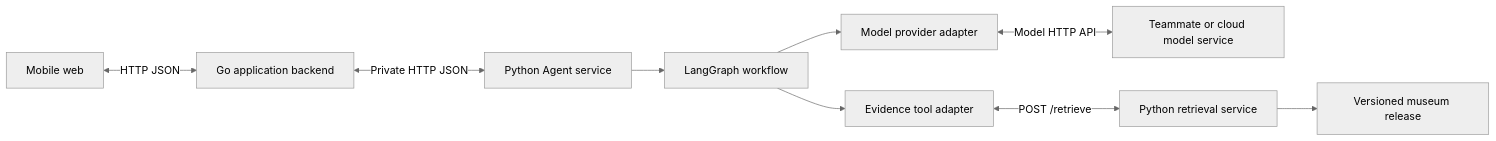
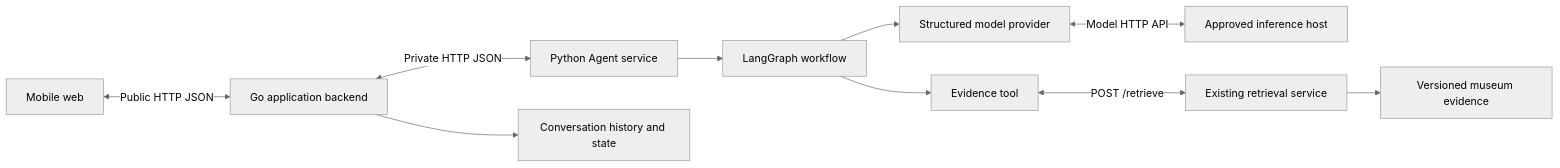
The first of 2 diagrams in docs/agent-design.md (Jasonssssss9/musebridge), drawn with Mermaid (neutral theme) before and after one commit. The commit also changed other lines of this file and 9 other files, not shown here.

```diff
--- a/docs/agent-design.md
+++ b/docs/agent-design.md
@@ -36,11 +32,12 @@
 ~~~mermaid
 flowchart LR
-    Web[Mobile web] <-->|HTTP JSON| API[Go application backend]
+    Web[Mobile web] <-->|Public HTTP JSON| API[Go application backend]
     API <-->|Private HTTP JSON| Agent[Python Agent service]
     Agent --> Graph[LangGraph workflow]
-    Graph --> Provider[Model provider adapter]
-    Provider <-->|Model HTTP API| Model[Teammate or cloud model service]
-    Graph --> Tool[Evidence tool adapter]
-    Tool <-->|POST /retrieve| Retrieval[Python retrieval service]
-    Retrieval --> Sources[Versioned museum release]
+    Graph --> Provider[Structured model provider]
+    Provider <-->|Model HTTP API| Model[Approved inference host]
+    Graph --> Tool[Evidence tool]
+    Tool <-->|POST /retrieve| Retrieval[Existing retrieval service]
+    Retrieval --> Release[Versioned museum evidence]
+    API --> Memory[Conversation history and state]
 ~~~
```
